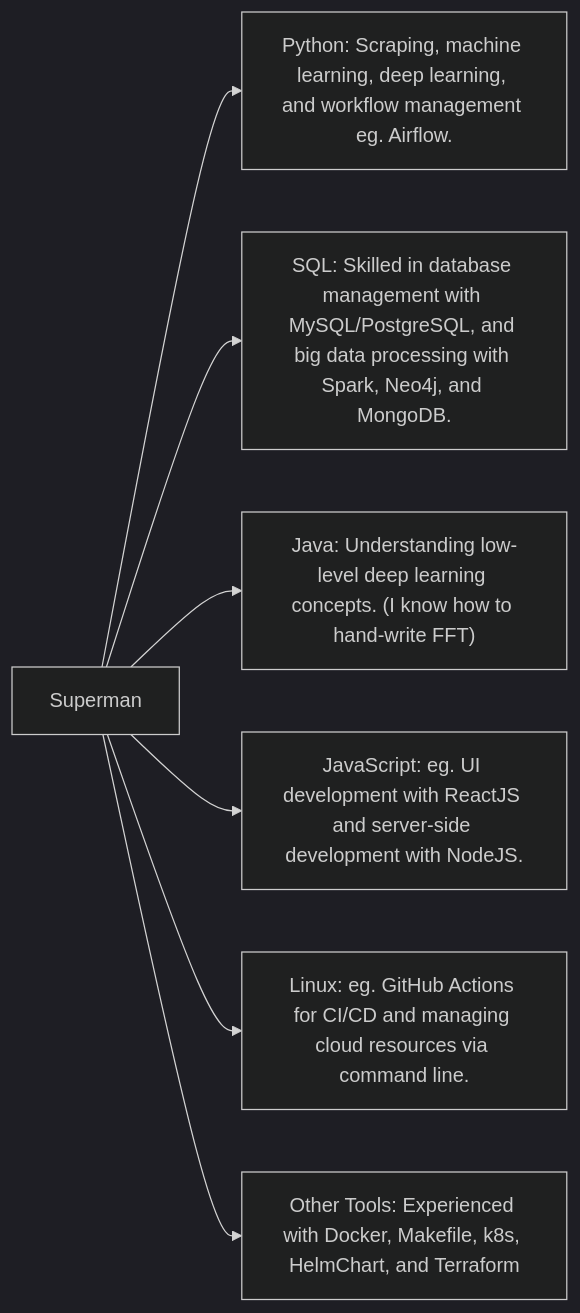
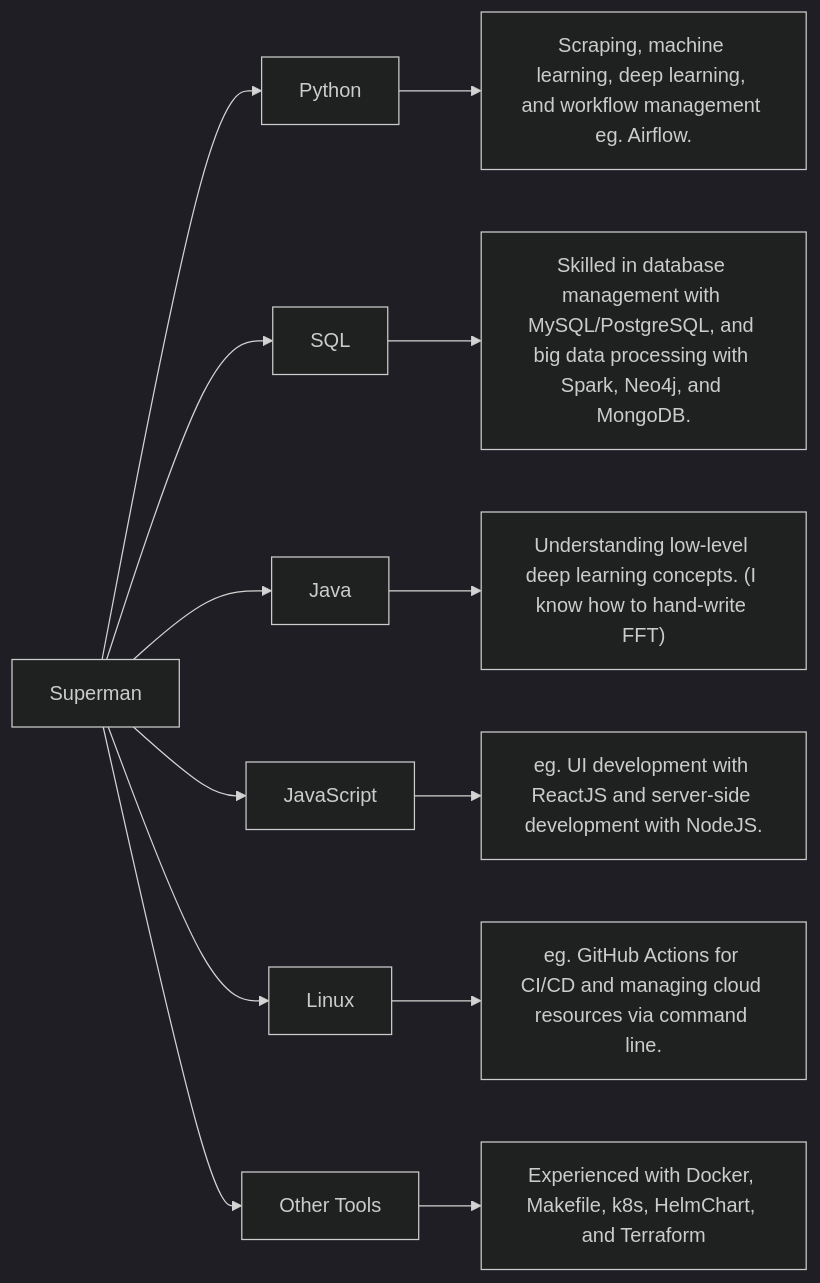
One commit to kenchudigital/kenchudigital changed the diagram in README.md. Above: the diagram before and after it, drawn with Mermaid (dark theme).

Commit message:
modify: graph5

````diff
--- a/README.md
+++ b/README.md
@@ -27,14 +27,26 @@
 ```mermaid
 graph LR;
 
     %% Central Role
     Z["Superman"];
     
     %% Main Categories
-    Z --> A["Python: Scraping, machine learning, deep learning, and workflow management eg. Airflow."];
-    Z --> B["SQL: Skilled in database management with MySQL/PostgreSQL, and big data processing with Spark, Neo4j, and MongoDB."];
-    Z --> C["Java: Understanding low-level deep learning concepts. (I know how to hand-write FFT)"];
-    Z --> D["JavaScript: eg. UI development with ReactJS and server-side development with NodeJS."];
-    Z --> E["Linux: eg. GitHub Actions for CI/CD and managing cloud resources via command line."];
-    Z --> F["Other Tools: Experienced with Docker, Makefile, k8s, HelmChart, and Terraform"];
+    Z --> A["Python"];
+    A --> AA["Scraping, machine learning, deep learning, and workflow management eg. Airflow."];
+    
+    Z --> B["SQL"];
+    B --> BB["Skilled in database management with MySQL/PostgreSQL, and big data processing with Spark, Neo4j, and MongoDB."];
+    
+    Z --> C["Java"];
+    C --> CC["Understanding low-level deep learning concepts. (I know how to hand-write FFT)"];
+    
+    Z --> D["JavaScript"];
+    D --> DD["eg. UI development with ReactJS and server-side development with NodeJS."];
+    
+    Z --> E["Linux"];
+    E --> EE["eg. GitHub Actions for CI/CD and managing cloud resources via command line."];
+    
+    Z --> F["Other Tools"];
+    F --> FF["Experienced with Docker, Makefile, k8s, HelmChart, and Terraform"];
+
 ```
````
